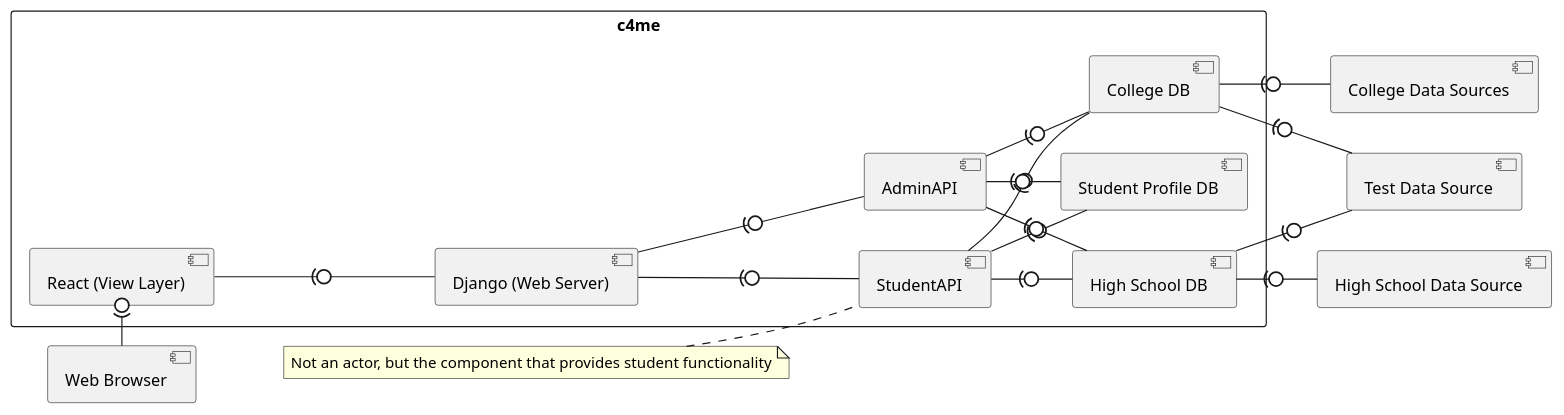
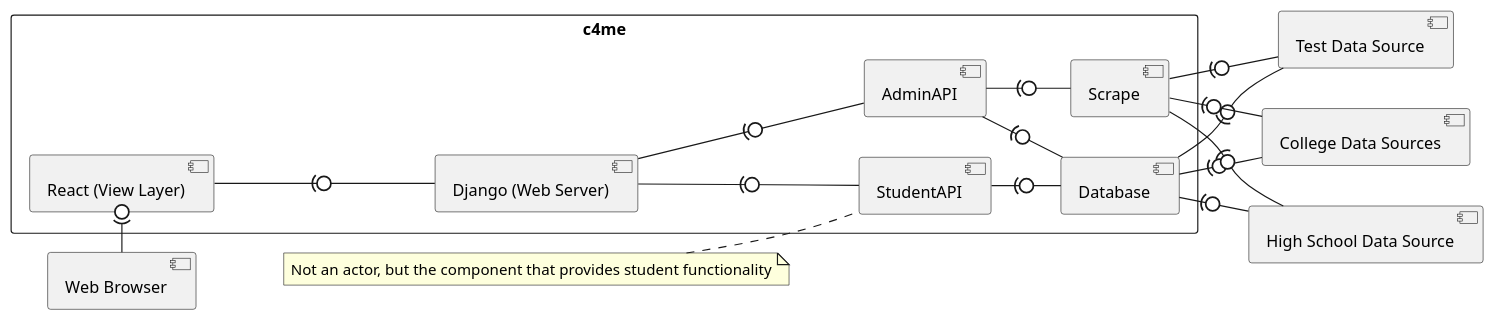
The diagram in design/componentDiagram.wsd (Omarfos/CSE416), drawn with PlantUML before and after one commit. The commit also changed 6 other files, not shown here.

Commit message:
Modified file names. Updated UML diagrams. (Component, Frontend Class Dia)

```diff
--- a/design/componentDiagram.wsd
+++ b/design/componentDiagram.wsd
@@ -1,48 +1,44 @@
 @startuml
 left to right direction
 
 component "Web Browser" as wb
 
 rectangle c4me {
     component "StudentAPI" as student
     component "AdminAPI" as admin
     component "Django (Web Server)" as ws
     component "React (View Layer)" as react
-    component "Student Profile DB" as sdb 
-    component "College DB" as cdb
-    component "High School DB" as hsdb 
+    component "Database" as cdb
+    component "Scrape" as scrape
 }
 
 component "College Data Sources" as cds
 component "High School Data Source" as hsds
 component "Test Data Source" as tds
 
 
 'Data reliance
 cdb -(0- cds
 cdb -(0- tds
-hsdb -(0- hsds
-hsdb -(0- tds
+cdb -(0- hsds
 
 ws -(0- student
 ws -(0- admin
 
+student -(0- cdb
 
-student -(0- sdb
-student -(0- cdb
-student -(0- hsdb
+admin -(0- cdb
+admin -(0- scrape
 
-admin -(0- sdb
-admin -(0- cdb
-admin -(0- hsdb
-
-
+scrape -(0- cds
+scrape -(0- tds
+scrape -(0- hsds
 
 wb -(0 react 
 react -(0- ws 
 
 
  
 note left of student : Not an actor, but the component that provides student functionality
 
 @enduml
```
